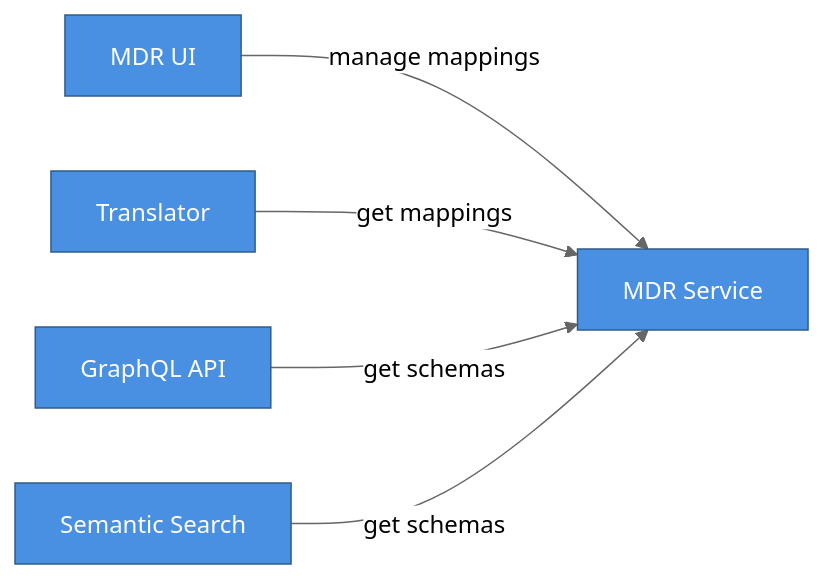
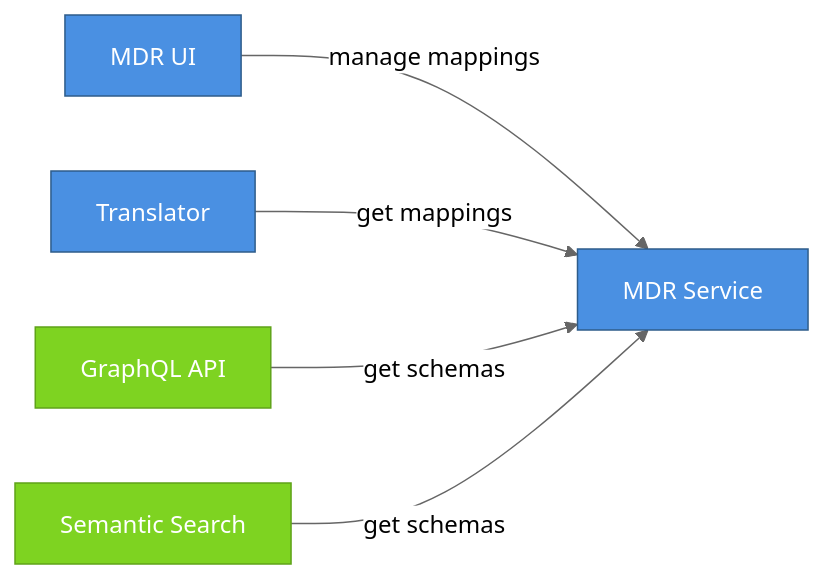
The fifth of 16 diagrams in docs/lif_services_overview.md (LIF-Initiative/lif-core), drawn with Mermaid (neutral theme) before and after one commit. The commit also changed other lines of this file, not shown here.

Commit message:
docs: update MDR Service diagram

````diff
--- a/docs/lif_services_overview.md
+++ b/docs/lif_services_overview.md
@@ -214,17 +214,19 @@
 ```mermaid
 graph LR
     MDRUI[MDR UI]
     MDR[MDR Service]
     Trans[Translator]
     GQL[GraphQL API]
     MCP[Semantic Search]
  
     MDRUI -->|manage mappings| MDR
     Trans -->|get mappings| MDR
     GQL -->|get schemas| MDR
     MCP -->|get schemas| MDR
     
     classDef coreStyle fill:#4A90E2,stroke:#2E5C8A,color:#fff
+    classDef intelStyle fill:#7ED321,stroke:#5FA319,color:#fff
     
-    class MDRUI,MDR,Trans,GQL,MCP coreStyle
+    class MDRUI,MDR,Trans coreStyle
+    class GQL,MCP intelStyle
 ```
````
